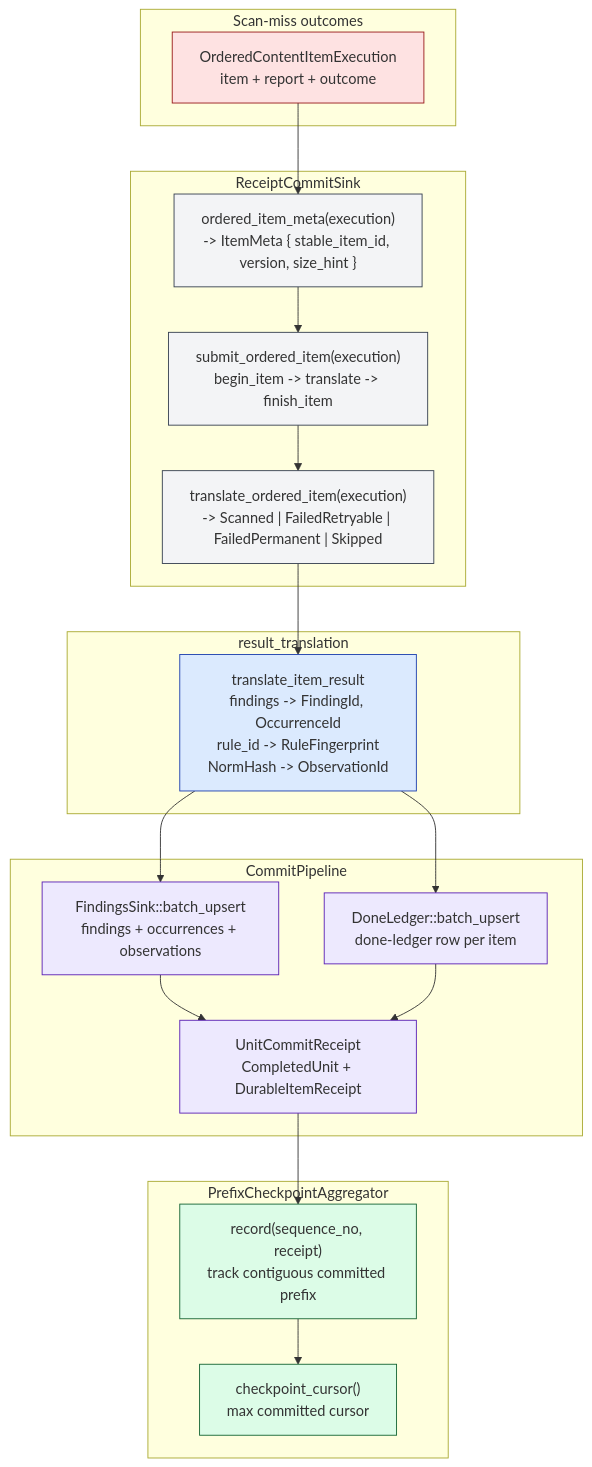
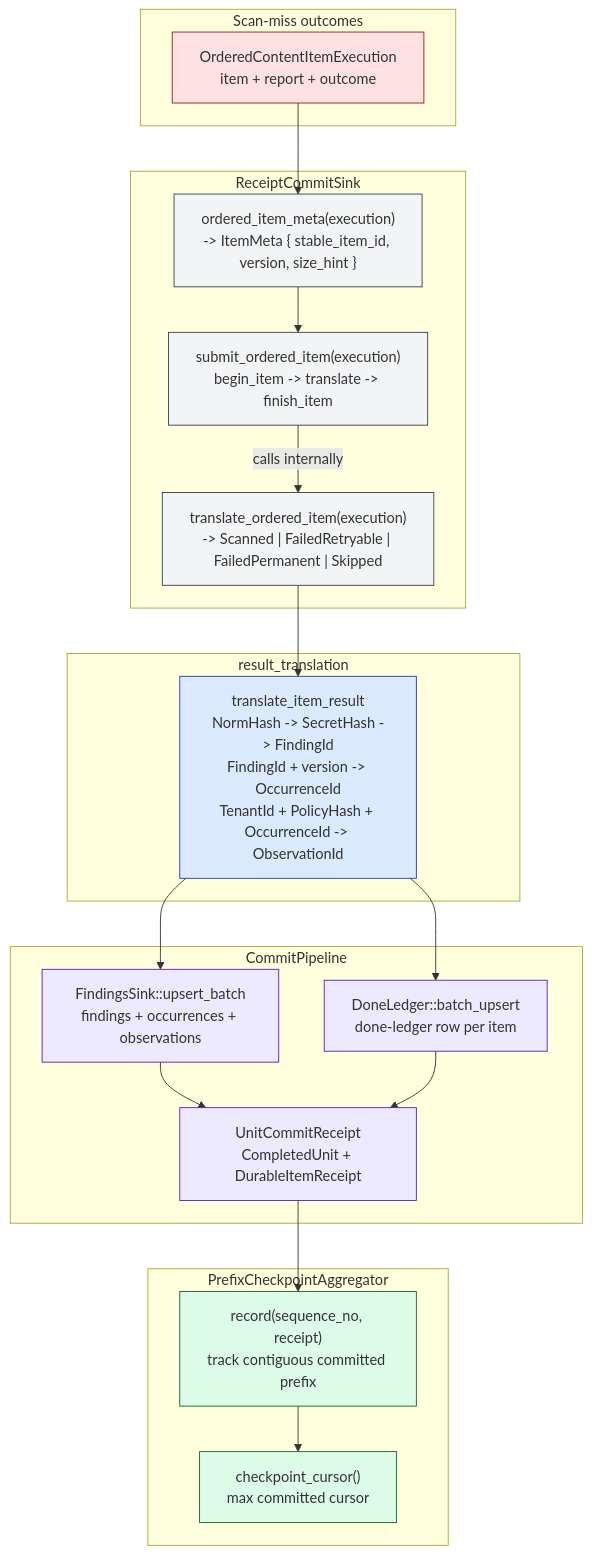
One commit to ahrav/Gossip-rs changed the fifth of 5 diagrams in diagrams/15-ordered-content-scan-flow.md. Above: the diagram before and after it, drawn with Mermaid. The commit also changed other lines of this file, not shown here.

First line of the commit message:
``` Clarify page loop completion semantics and update diagram cross-references

````diff
--- a/diagrams/15-ordered-content-scan-flow.md
+++ b/diagrams/15-ordered-content-scan-flow.md
@@ -284,50 +287,50 @@
 ```mermaid
 %% Diagram: ordered-content-commit-flow
 graph TD
     subgraph Execution["Scan-miss outcomes"]
         EXEC["OrderedContentItemExecution<br/>item + report + outcome"]
     end
 
     subgraph Sink["ReceiptCommitSink"]
         META["ordered_item_meta(execution)<br/>-> ItemMeta { stable_item_id, version, size_hint }"]
+        SUB["submit_ordered_item(execution)<br/>begin_item -> translate -> finish_item"]
         XLAT["translate_ordered_item(execution)<br/>-> Scanned | FailedRetryable | FailedPermanent | Skipped"]
-        SUB["submit_ordered_item(execution)<br/>begin_item -> translate -> finish_item"]
     end
 
     subgraph Translation["result_translation"]
-        TIR["translate_item_result<br/>findings -> FindingId, OccurrenceId<br/>rule_id -> RuleFingerprint<br/>NormHash -> ObservationId"]
+        TIR["translate_item_result<br/>NormHash -> SecretHash -> FindingId<br/>FindingId + version -> OccurrenceId<br/>TenantId + PolicyHash + OccurrenceId -> ObservationId"]
     end
 
     subgraph Pipeline["CommitPipeline"]
-        FIND["FindingsSink::batch_upsert<br/>findings + occurrences + observations"]
+        FIND["FindingsSink::upsert_batch<br/>findings + occurrences + observations"]
         DL["DoneLedger::batch_upsert<br/>done-ledger row per item"]
         REC["UnitCommitReceipt<br/>CompletedUnit + DurableItemReceipt"]
     end
 
     subgraph Aggregator["PrefixCheckpointAggregator"]
         AGG["record(sequence_no, receipt)<br/>track contiguous committed prefix"]
         CUR["checkpoint_cursor()<br/>max committed cursor"]
     end
 
     EXEC --> META
     META --> SUB
-    SUB --> XLAT
+    SUB -->|"calls internally"| XLAT
     XLAT --> TIR
     TIR --> FIND
     TIR --> DL
     FIND --> REC
     DL --> REC
     REC --> AGG
     AGG --> CUR
 
     style EXEC fill:#FEE2E2,stroke:#991B1B
     style META fill:#F3F4F6,stroke:#374151
     style XLAT fill:#F3F4F6,stroke:#374151
     style SUB fill:#F3F4F6,stroke:#374151
     style TIR fill:#DBEAFE,stroke:#1E40AF
     style FIND fill:#EDE9FE,stroke:#5B21B6
     style DL fill:#EDE9FE,stroke:#5B21B6
     style REC fill:#EDE9FE,stroke:#5B21B6
     style AGG fill:#DCFCE7,stroke:#166534
     style CUR fill:#DCFCE7,stroke:#166534
 ```
````
